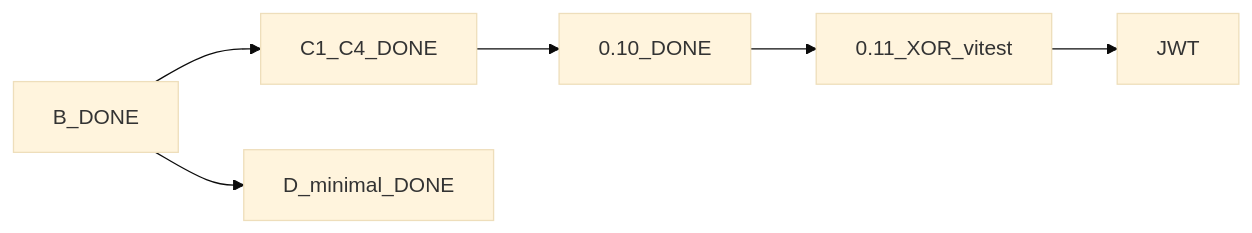
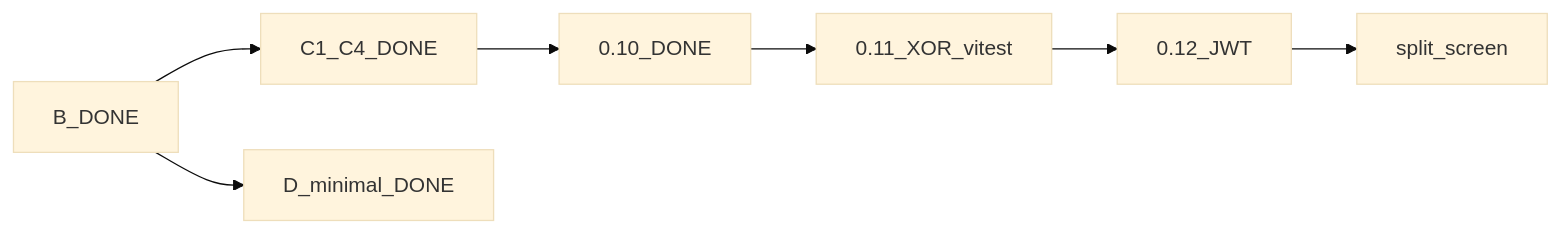
One commit to Spawn2018/OmniRoute changed the diagram in docs/PLAN-REALIZACJA.md. Above: the diagram before and after it, drawn with Mermaid (base theme). The commit also changed other lines of this file and 43 other files, not shown here.

````diff
--- a/docs/PLAN-REALIZACJA.md
+++ b/docs/PLAN-REALIZACJA.md
@@ -8,8 +8,9 @@
 ```mermaid
 flowchart LR
   doneB[B_DONE] --> doneC[C1_C4_DONE]
   doneC --> doneC5[0.10_DONE]
   doneC5 --> doneXor[0.11_XOR_vitest]
-  doneXor --> next[JWT]
+  doneXor --> doneJwt[0.12_JWT]
+  doneJwt --> next[split_screen]
   doneB --> doneD[D_minimal_DONE]
 ```
````
